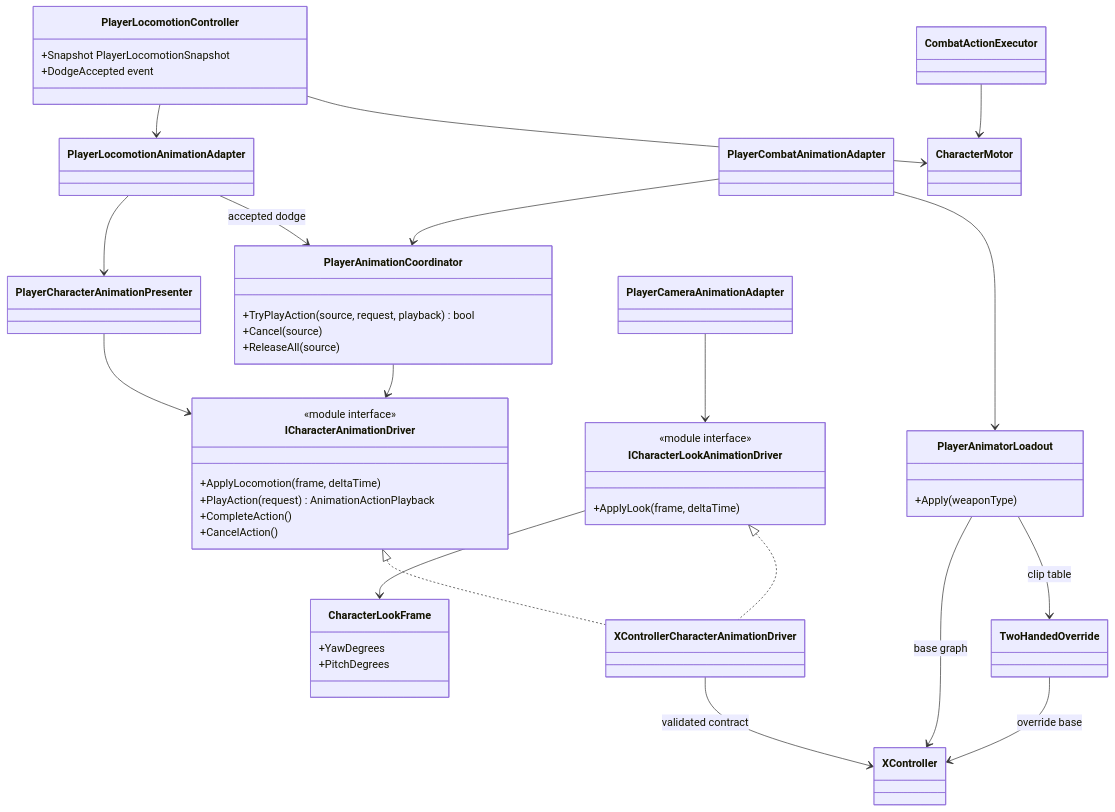
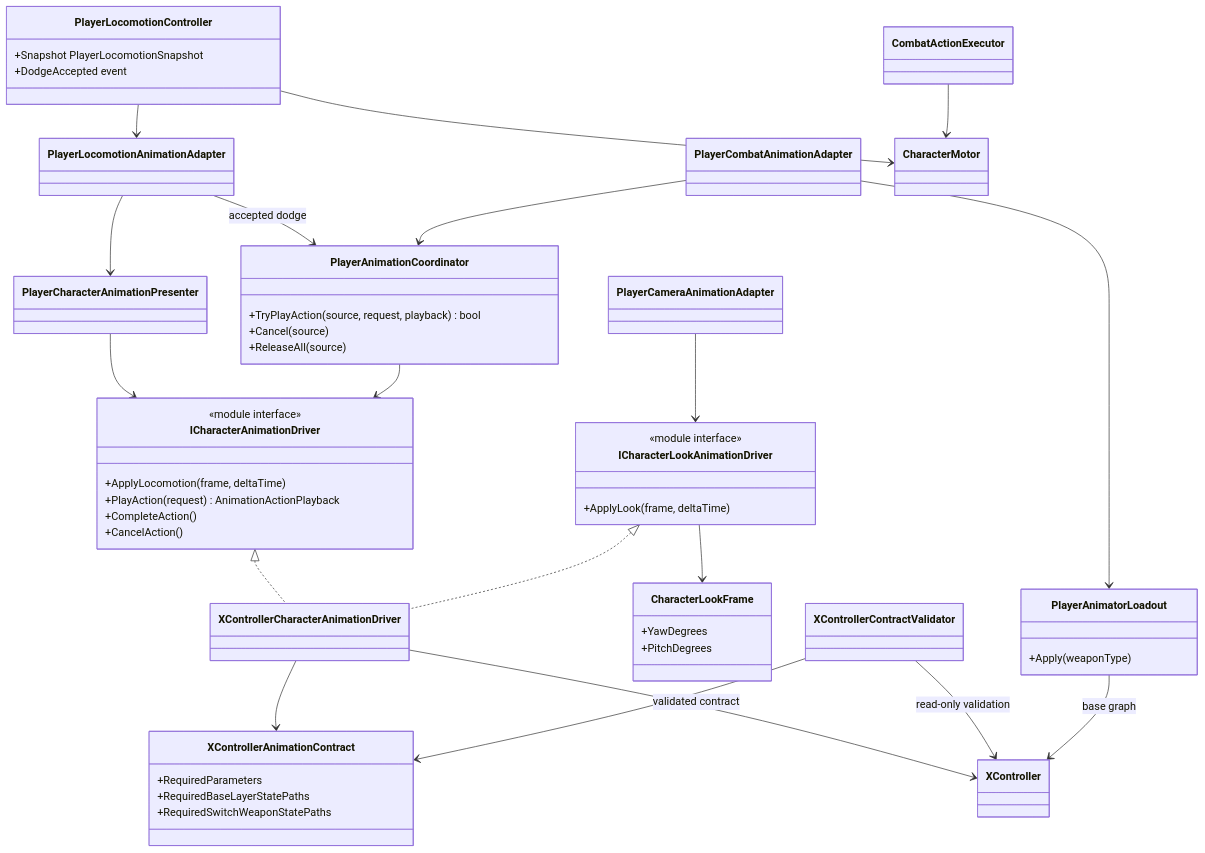
One commit to MaximFonariuc/project-s changed the diagram in Docs/Architecture/Player.Animation.md. Above: the diagram before and after it, drawn with Mermaid. The commit also changed other lines of this file and 11 other files, not shown here.

Commit message:
feat: validate XController animation contract

````diff
--- a/Docs/Architecture/Player.Animation.md
+++ b/Docs/Architecture/Player.Animation.md
@@ -10,57 +10,63 @@
 ```mermaid
 classDiagram
     class PlayerLocomotionController {
         +Snapshot PlayerLocomotionSnapshot
         +DodgeAccepted event
     }
     class PlayerLocomotionAnimationAdapter
     class PlayerCharacterAnimationPresenter
     class PlayerCombatAnimationAdapter
     class PlayerAnimatorLoadout {
         +Apply(weaponType)
     }
     class PlayerAnimationCoordinator {
         +TryPlayAction(source, request, playback) bool
         +Cancel(source)
         +ReleaseAll(source)
     }
     class ICharacterAnimationDriver {
         <<module interface>>
         +ApplyLocomotion(frame, deltaTime)
         +PlayAction(request) AnimationActionPlayback
         +CompleteAction()
         +CancelAction()
     }
     class ICharacterLookAnimationDriver {
         <<module interface>>
         +ApplyLook(frame, deltaTime)
     }
     class CharacterLookFrame {
         +YawDegrees
         +PitchDegrees
     }
+    class XControllerAnimationContract {
+        +RequiredParameters
+        +RequiredBaseLayerStatePaths
+        +RequiredSwitchWeaponStatePaths
+    }
     class XControllerCharacterAnimationDriver
+    class XControllerContractValidator
     class PlayerCameraAnimationAdapter
     class XController
-    class TwoHandedOverride
     class CharacterMotor
     class CombatActionExecutor
 
     PlayerLocomotionController --> PlayerLocomotionAnimationAdapter
     PlayerLocomotionAnimationAdapter --> PlayerCharacterAnimationPresenter
     PlayerLocomotionAnimationAdapter --> PlayerAnimationCoordinator : accepted dodge
     PlayerCombatAnimationAdapter --> PlayerAnimationCoordinator
     PlayerCombatAnimationAdapter --> PlayerAnimatorLoadout
     PlayerCharacterAnimationPresenter --> ICharacterAnimationDriver
     PlayerAnimationCoordinator --> ICharacterAnimationDriver
     PlayerCameraAnimationAdapter --> ICharacterLookAnimationDriver
     ICharacterLookAnimationDriver --> CharacterLookFrame
     ICharacterAnimationDriver <|.. XControllerCharacterAnimationDriver
     ICharacterLookAnimationDriver <|.. XControllerCharacterAnimationDriver
+    XControllerCharacterAnimationDriver --> XControllerAnimationContract
     XControllerCharacterAnimationDriver --> XController : validated contract
+    XControllerContractValidator --> XControllerAnimationContract
+    XControllerContractValidator --> XController : read-only validation
     PlayerAnimatorLoadout --> XController : base graph
-    PlayerAnimatorLoadout --> TwoHandedOverride : clip table
-    TwoHandedOverride --> XController : override base
     PlayerLocomotionController --> CharacterMotor
     CombatActionExecutor --> CharacterMotor
 ```
````
